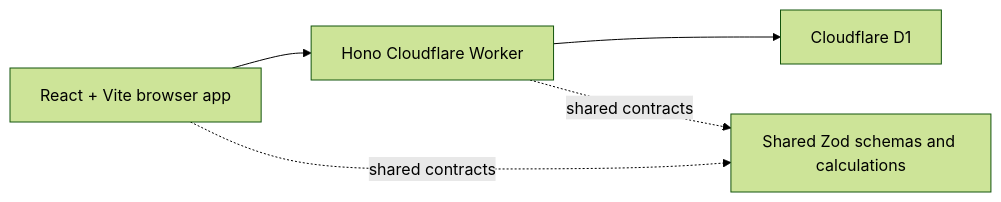
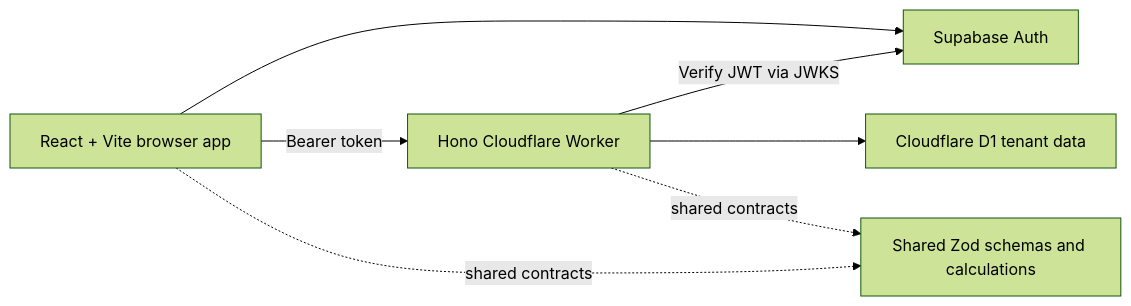
Before and after one commit to dondon3109/Budget-and-expense-analysis-tool: the diagram in README.md, drawn with Mermaid (forest theme). The commit also changed other lines of this file and 69 other files, not shown here.

````diff
--- a/README.md
+++ b/README.md
@@ -31,7 +34,9 @@
 ```mermaid
 flowchart LR
-  Browser["React + Vite browser app"] --> Worker["Hono Cloudflare Worker"]
-  Worker --> D1["Cloudflare D1"]
+  Browser["React + Vite browser app"] --> Supabase["Supabase Auth"]
+  Browser -->|Bearer token| Worker["Hono Cloudflare Worker"]
+  Worker -->|Verify JWT via JWKS| Supabase
+  Worker --> D1["Cloudflare D1 tenant data"]
   Browser -. shared contracts .-> Shared["Shared Zod schemas and calculations"]
   Worker -. shared contracts .-> Shared
 ```
````
